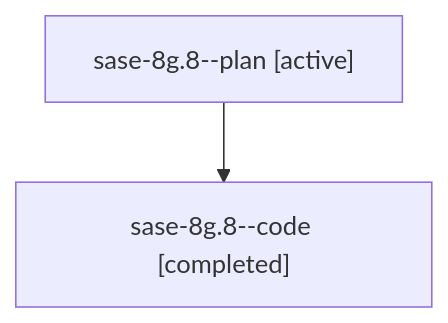
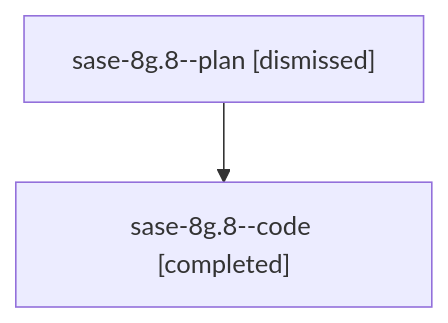
Before and after one commit to sase-org/sase--agents: the diagram in sessions/bbugyi200.athena.sase-8g.8.md, drawn with Mermaid. The commit also changed other lines of this file and 100 other files, not shown here.

````diff
--- a/sessions/bbugyi200.athena.sase-8g.8.md
+++ b/sessions/bbugyi200.athena.sase-8g.8.md
@@ -9,6 +9,6 @@
 ```mermaid
 flowchart TD
-  n0["sase-8g.8--plan [active]"]
+  n0["sase-8g.8--plan [dismissed]"]
   n1["sase-8g.8--code [completed]"]
   n0 --> n1
 ```
````
